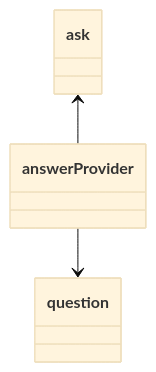
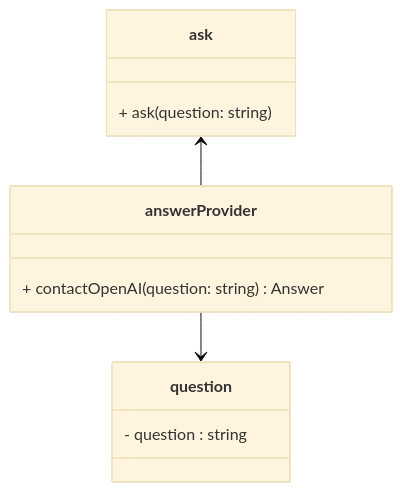
One commit to TheGreatShan/GPT-Cli changed the fourth of 6 diagrams in readme.md. Above: the diagram before and after it, drawn with Mermaid (base theme). The commit also changed other lines of this file, not shown here.

Commit message:
:building_construction: mermaid architecutre has been changed and added

````diff
--- a/readme.md
+++ b/readme.md
@@ -99,9 +100,15 @@
 ```mermaid
 classDiagram
-    class answerProvider
-    class question
-    class ask
+    class answerProvider{
+      + contactOpenAI(question: string) Answer
+    }
+    class question{
+      - question : string
+    }
+    class ask {
+      + ask(question: string)
+    }
 
     ask <-- answerProvider
     answerProvider --> question
 ```
````
